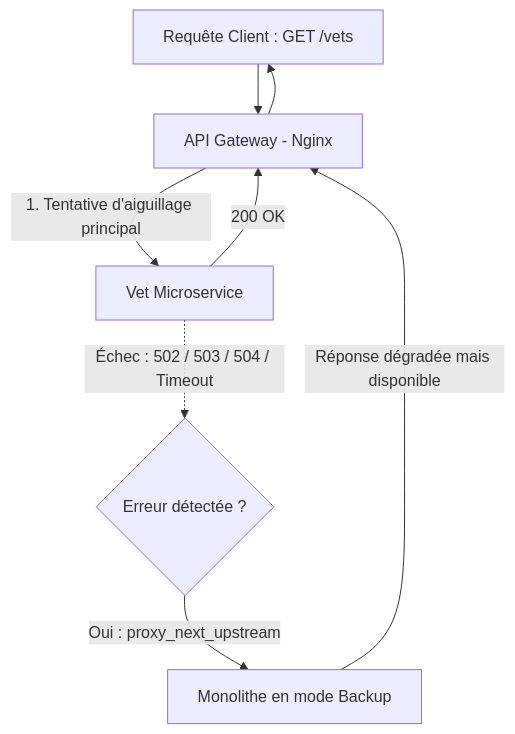
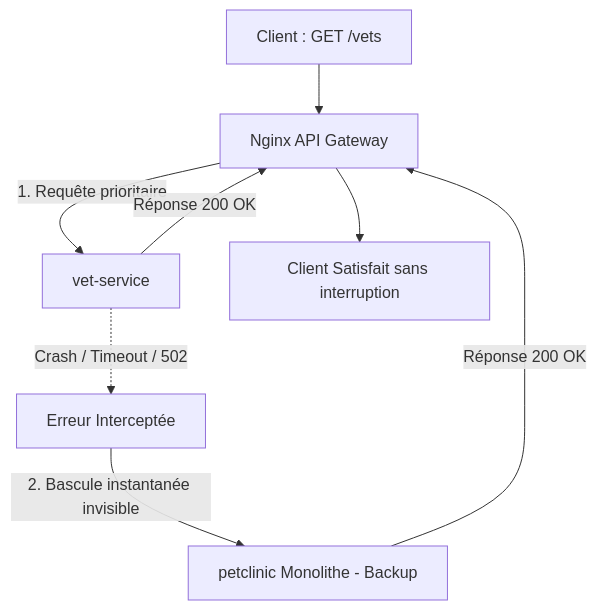
The eighth of 8 diagrams in README.md (abdochiguer/Monolith-to-Microservices-Migration), drawn with Mermaid before and after one commit. The commit also changed other lines of this file, not shown here.

````diff
--- a/README.md
+++ b/README.md
@@ -114,13 +265,13 @@
 ```mermaid
 flowchart TD
-    ClientReq[Requête Client : GET /vets] --> Gateway[API Gateway - Nginx]
+    Req[Client : GET /vets] --> Nginx[Nginx API Gateway]
     
-    Gateway -->|1. Tentative d'aiguillage principal| VetSvc[Vet Microservice]
+    Nginx -->|1. Requête prioritaire| Microservice[vet-service]
     
-    VetSvc -- 200 OK --> Gateway
-    VetSvc -.->|Échec : 502 / 503 / 504 / Timeout| FallbackTrigger{Erreur détectée ?}
+    Microservice -- Réponse 200 OK --> Nginx
+    Microservice -.->|Crash / Timeout / 502| Fail[Erreur Interceptée]
     
-    FallbackTrigger -->|Oui : proxy_next_upstream| MonolithBackup[Monolithe en mode Backup]
-    MonolithBackup -- Réponse dégradée mais disponible --> Gateway
-    Gateway --> ClientReq
+    Fail -->|2. Bascule instantanée invisible| Monolith[petclinic Monolithe - Backup]
+    Monolith -- Réponse 200 OK --> Nginx
+    Nginx --> ClientFinal[Client Satisfait sans interruption]
 ```
````
